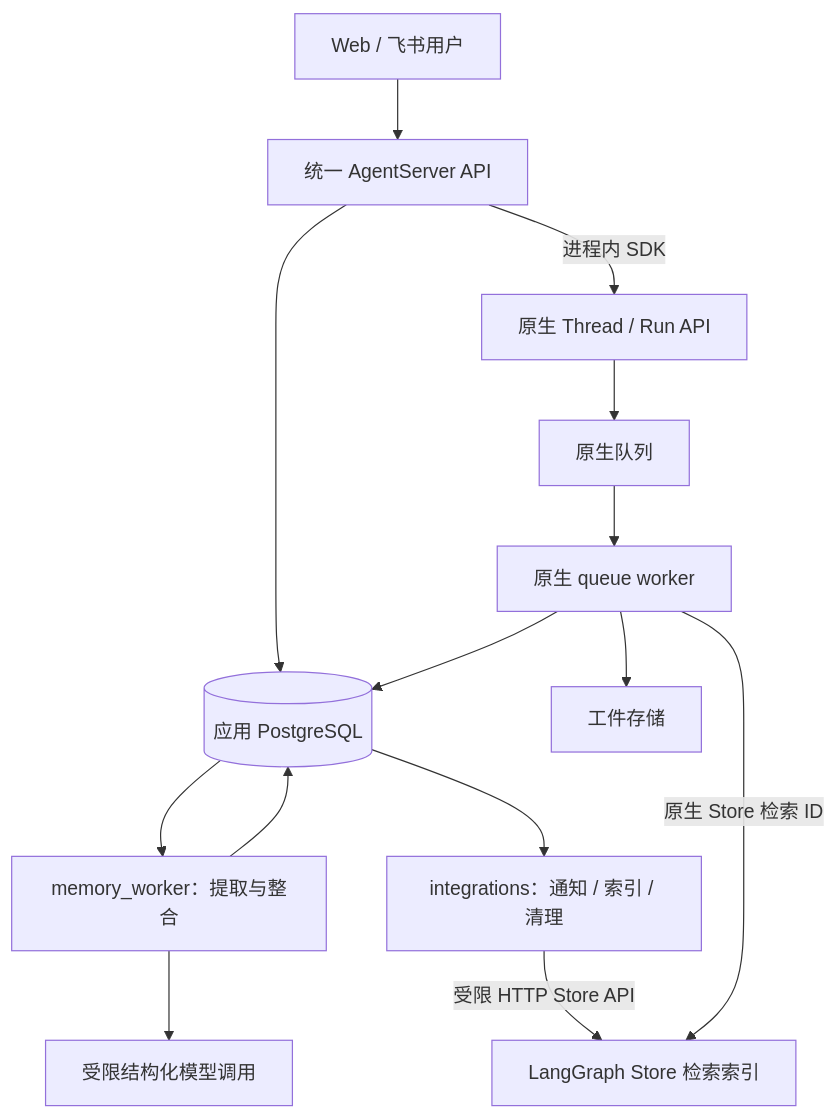
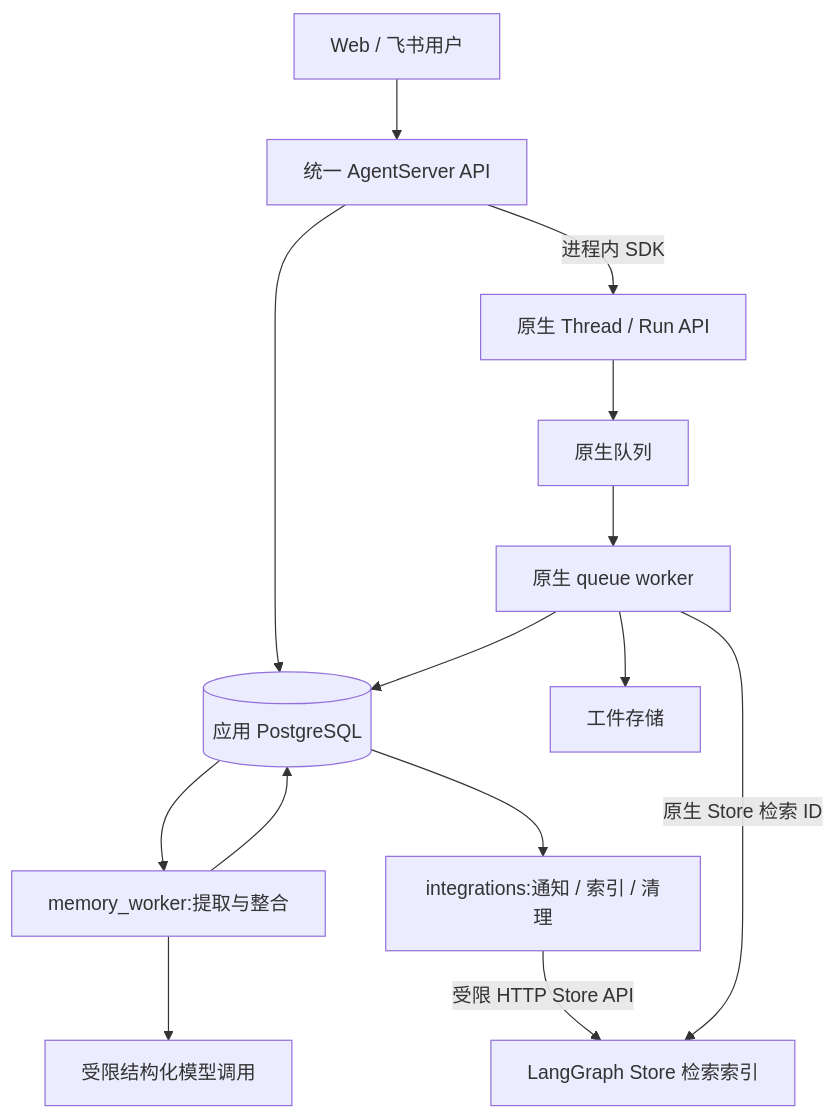
One commit to westbrook0904/FinanceClaw changed the diagram in .redesign/stages/stage-11-异步记忆与上下文治理实施方案.md. Above: the diagram before and after it, drawn with Mermaid. The commit also changed 19 other files, not shown here.

````diff
--- a/.redesign/stages/stage-11-异步记忆与上下文治理实施方案.md
+++ b/.redesign/stages/stage-11-异步记忆与上下文治理实施方案.md
@@ -48,16 +48,16 @@
 ```mermaid
 flowchart TD
     U[Web / 飞书用户] --> API[统一 AgentServer API]
     API -->|进程内 SDK| N[原生 Thread / Run API]
     N --> Q[原生队列]
     Q --> W[原生 queue worker]
     API --> DB[(应用 PostgreSQL)]
     W --> DB
-    DB --> MW[memory_worker：提取与整合]
+    DB --> MW[memory_worker:提取与整合]
     MW --> LLM[受限结构化模型调用]
     MW --> DB
-    DB --> I[integrations：通知 / 索引 / 清理]
+    DB --> I[integrations:通知 / 索引 / 清理]
     I -->|受限 HTTP Store API| S[LangGraph Store 检索索引]
     W -->|原生 Store 检索 ID| S
     W --> A[工件存储]
 ```
````
